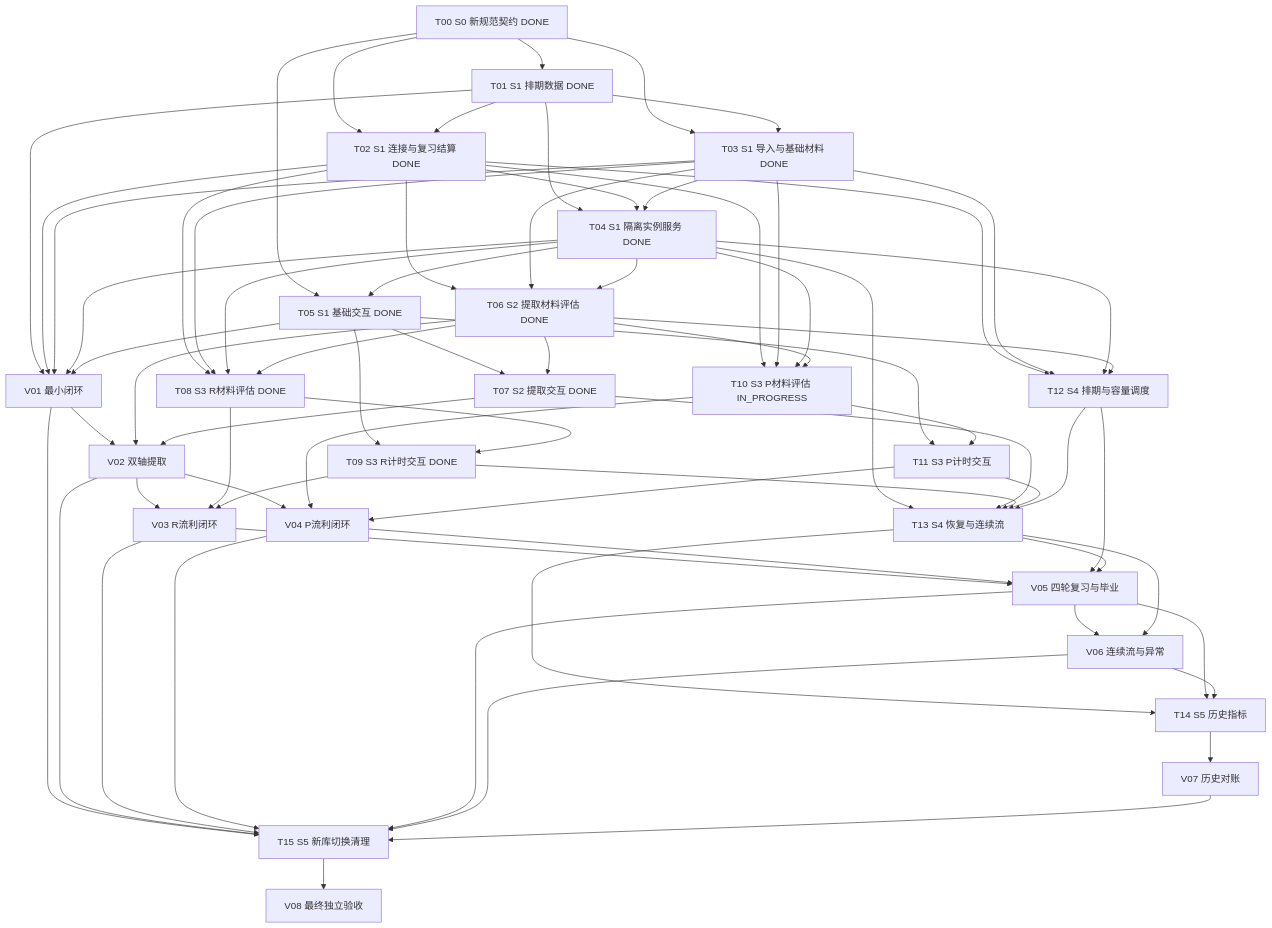
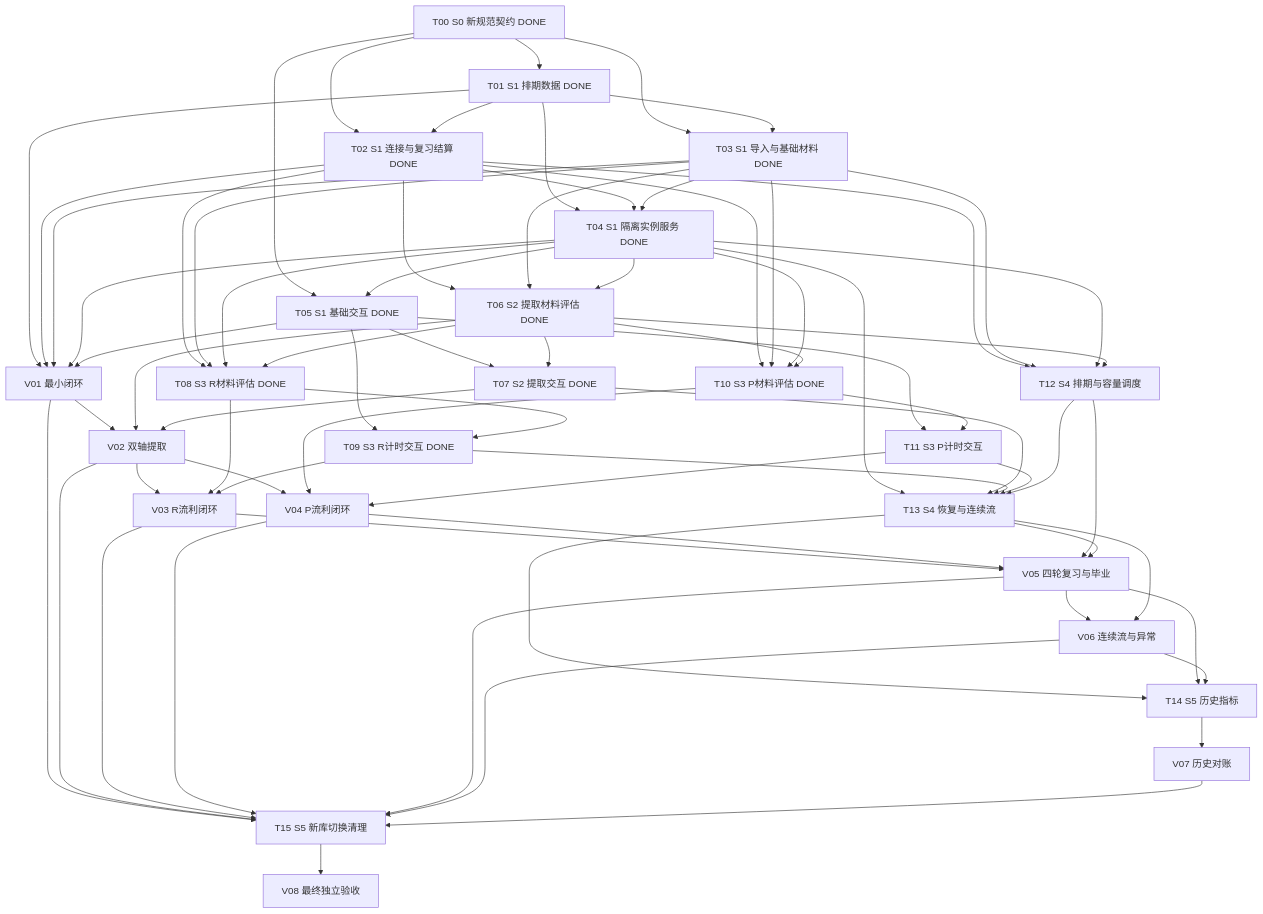
One commit to logact/flow changed the diagram in docs/task-implementation-new-algorithm.md. Above: the diagram before and after it, drawn with Mermaid. The commit also changed other lines of this file and 4 other files, not shown here.

```diff
--- a/docs/task-implementation-new-algorithm.md
+++ b/docs/task-implementation-new-algorithm.md
@@ -348,7 +348,7 @@
   V02["V02 双轴提取"]
   T08["T08 S3 R材料评估 DONE"]
   T09["T09 S3 R计时交互 DONE"]
-  T10["T10 S3 P材料评估 IN_PROGRESS"]
+  T10["T10 S3 P材料评估 DONE"]
   T11["T11 S3 P计时交互"]
   V03["V03 R流利闭环"]
   V04["V04 P流利闭环"]
```
